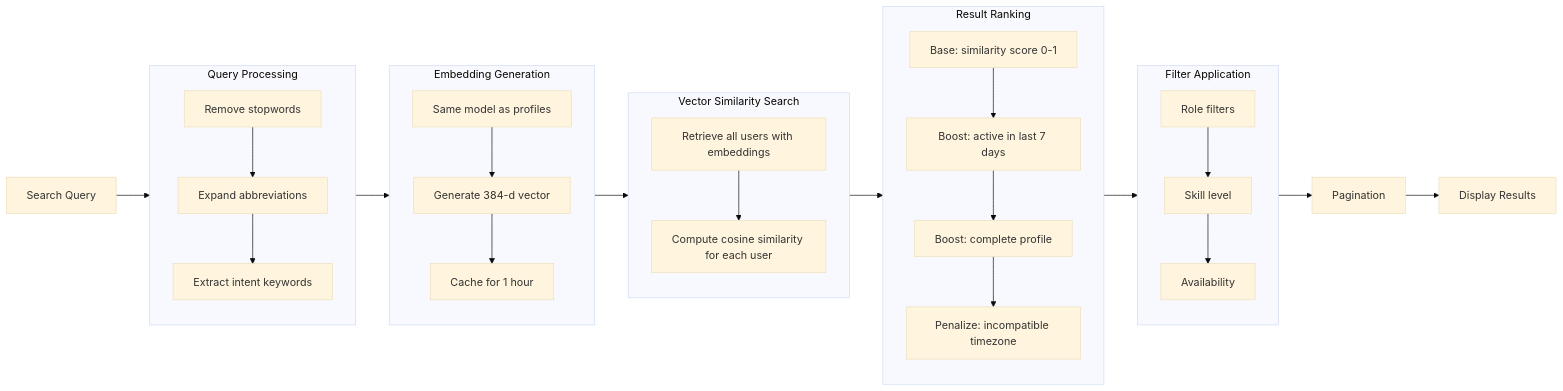
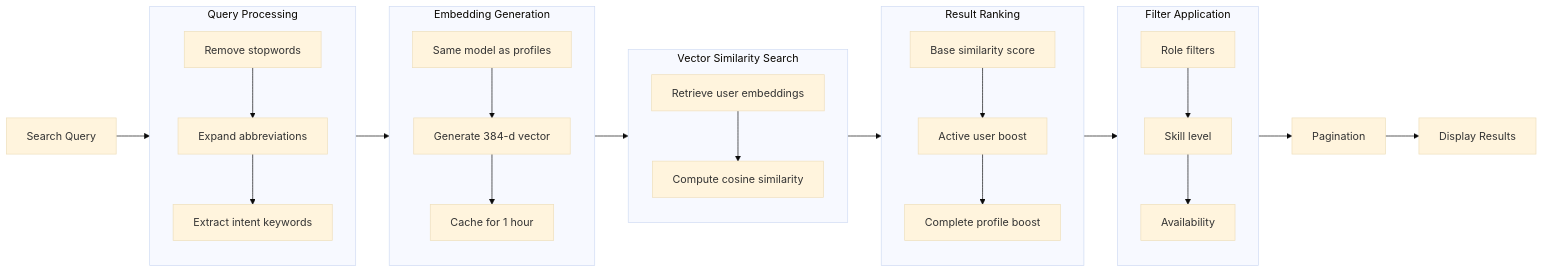
Before and after one commit to satvik-sharma-05/SE: the third of 8 diagrams in README.md, drawn with Mermaid (base theme). The commit also changed other lines of this file, not shown here.

````diff
--- a/README.md
+++ b/README.md
@@ -162,36 +160,39 @@
 ```mermaid
 flowchart LR
     A[Search Query] --> B[Query Processing]
     B --> C[Embedding Generation]
     C --> D[Vector Similarity Search]
     D --> E[Result Ranking]
     E --> F[Filter Application]
     F --> G[Pagination]
     G --> H[Display Results]
     
     subgraph B[Query Processing]
-        B1[Remove stopwords] --> B2[Expand abbreviations]
-        B2 --> B3[Extract intent keywords]
+        B1[Remove stopwords] --> B2
+        B2[Expand abbreviations] --> B3
+        B3[Extract intent keywords]
     end
     
     subgraph C[Embedding Generation]
-        C1[Same model as profiles] --> C2[Generate 384-d vector]
-        C2 --> C3[Cache for 1 hour]
+        C1[Same model as profiles] --> C2
+        C2[Generate 384-d vector] --> C3
+        C3[Cache for 1 hour]
     end
     
     subgraph D[Vector Similarity Search]
-        D1[Retrieve all users with embeddings] --> D2
-        D2[Compute cosine similarity for each user]
+        D1[Retrieve user embeddings] --> D2
+        D2[Compute cosine similarity]
     end
     
     subgraph E[Result Ranking]
-        E1[Base: similarity score 0-1] --> E2
-        E2[Boost: active in last 7 days] --> E3
-        E3[Boost: complete profile] --> E4
-        E4[Penalize: incompatible timezone]
+        E1[Base similarity score] --> E2
+        E2[Active user boost] --> E3
+        E3[Complete profile boost]
     end
     
     subgraph F[Filter Application]
-        F1[Role filters] --> F2[Skill level] --> F3[Availability]
+        F1[Role filters] --> F2
+        F2[Skill level] --> F3
+        F3[Availability]
     end
 ```
````
